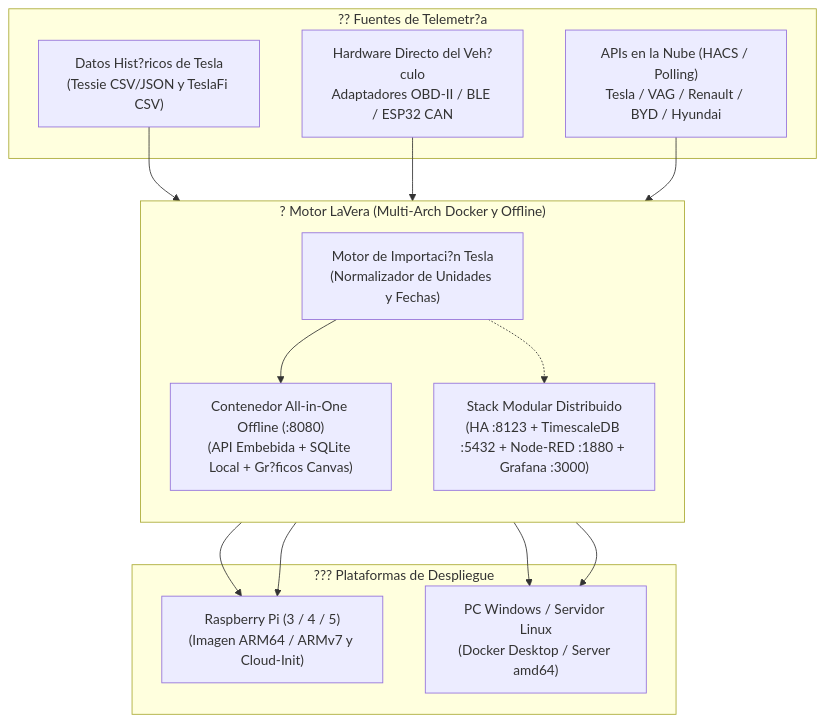
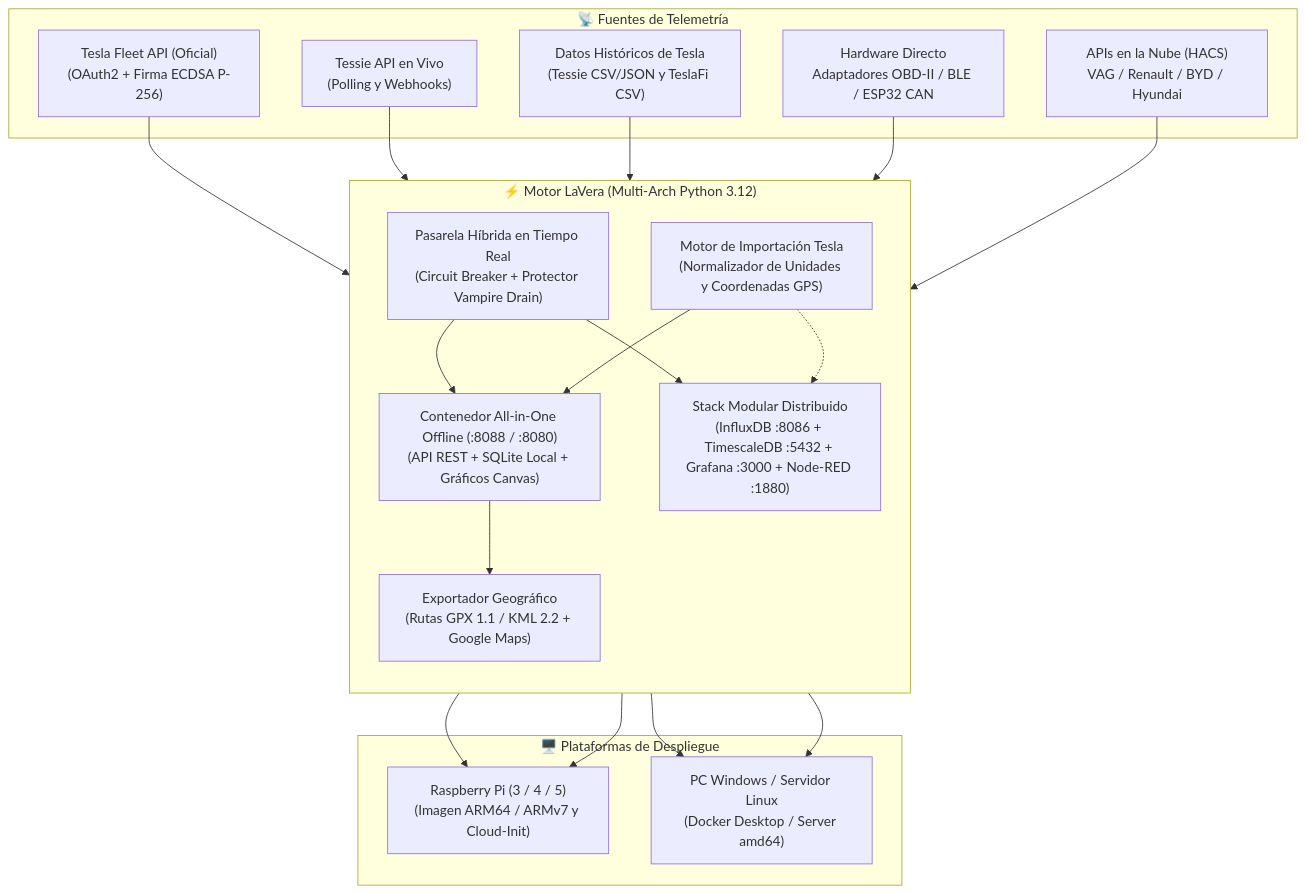
The diagram in README.es.md (cast0rtech/LaVera), drawn with Mermaid before and after one commit. The commit also changed other lines of this file and 5 other files, not shown here.

First line of the commit message:
docs: synchronize bilingual documentation with gateway, InfluxDB v2 and GPX/KML features

````diff
--- a/README.es.md
+++ b/README.es.md
@@ -29,38 +34,53 @@
 ```mermaid
 flowchart TD
-    subgraph Sources ["?? Fuentes de Telemetr?a"]
-        TeslaHist["Datos Hist?ricos de Tesla
+    subgraph Sources ["📡 Fuentes de Telemetría"]
+        TeslaFleet["Tesla Fleet API (Oficial)
+(OAuth2 + Firma ECDSA P-256)"]
+        TessieAPI["Tessie API en Vivo
+(Polling y Webhooks)"]
+        TeslaHist["Datos Históricos de Tesla
 (Tessie CSV/JSON y TeslaFi CSV)"]
-        OEM["APIs en la Nube (HACS / Polling)
-Tesla / VAG / Renault / BYD / Hyundai"]
-        OBD["Hardware Directo del Veh?culo
+        OEM["APIs en la Nube (HACS)
+VAG / Renault / BYD / Hyundai"]
+        OBD["Hardware Directo
 Adaptadores OBD-II / BLE / ESP32 CAN"]
     end
 
-    subgraph CoreEngine ["? Motor LaVera (Multi-Arch Docker y Offline)"]
+    subgraph CoreEngine ["⚡ Motor LaVera (Multi-Arch Python 3.12)"]
         direction TB
-        Importer["Motor de Importaci?n Tesla
-(Normalizador de Unidades y Fechas)"]
-        AllInOne["Contenedor All-in-One Offline (:8080)
-(API Embebida + SQLite Local + Gr?ficos Canvas)"]
+        Gateway["Pasarela Híbrida en Tiempo Real
+(Circuit Breaker + Protector Vampire Drain)"]
+        Importer["Motor de Importación Tesla
+(Normalizador de Unidades y Coordenadas GPS)"]
+        AllInOne["Contenedor All-in-One Offline (:8088 / :8080)
+(API REST + SQLite Local + Gráficos Canvas)"]
+        GeoExport["Exportador Geográfico
+(Rutas GPX 1.1 / KML 2.2 + Google Maps)"]
         ModStack["Stack Modular Distribuido
-(HA :8123 + TimescaleDB :5432 + Node-RED :1880 + Grafana :3000)"]
+(InfluxDB :8086 + TimescaleDB :5432 + Grafana :3000 + Node-RED :1880)"]
     end
 
-    subgraph Targets ["??? Plataformas de Despliegue"]
+    subgraph Targets ["🖥️ Plataformas de Despliegue"]
         RPi["Raspberry Pi (3 / 4 / 5)
 (Imagen ARM64 / ARMv7 y Cloud-Init)"]
         WinLin["PC Windows / Servidor Linux
 (Docker Desktop / Server amd64)"]
     end
 
+    TeslaFleet --> Gateway
+    TessieAPI --> Gateway
     TeslaHist --> Importer
+    OBD --> AllInOne
+    OEM --> ModStack
+
+    Gateway --> AllInOne
+    Gateway --> ModStack
     Importer --> AllInOne
     Importer -.-> ModStack
-    OBD --> AllInOne
-    OEM --> ModStack
+    AllInOne --> GeoExport
+
     AllInOne --> RPi
     AllInOne --> WinLin
     ModStack --> WinLin
     ModStack --> RPi
 ```
````
